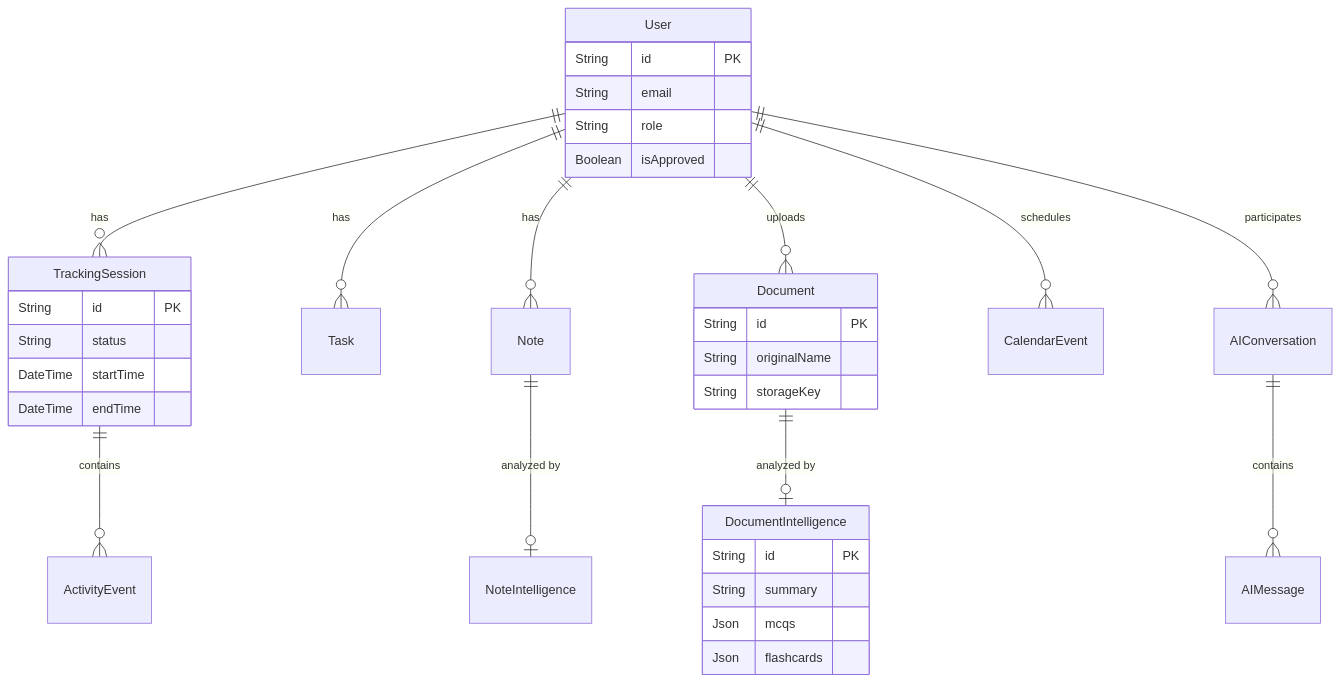
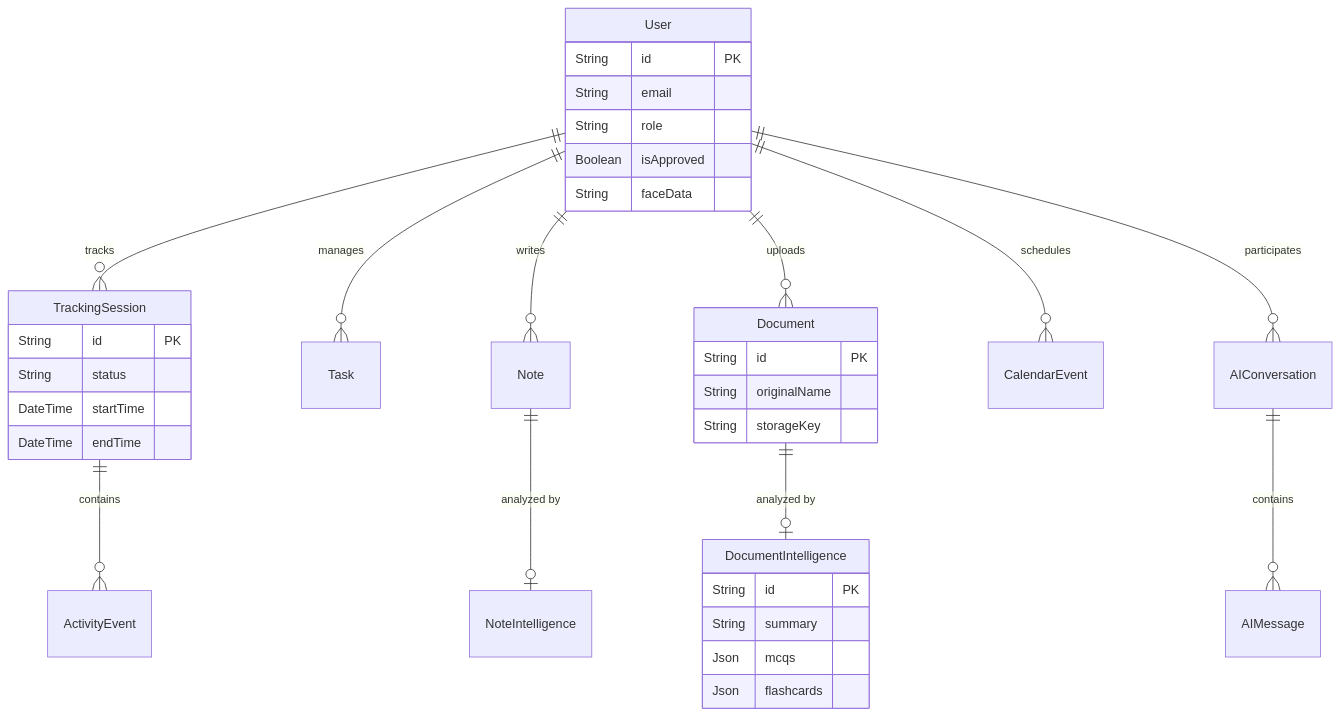
One commit to GaganCB2002/Cognarc_it changed the second of 2 diagrams in README.md. Above: the diagram before and after it, drawn with Mermaid. The commit also changed other lines of this file, not shown here.

````diff
--- a/README.md
+++ b/README.md
@@ -231,43 +132,44 @@
 ```mermaid
 erDiagram
-    User ||--o{ TrackingSession : "has"
-    User ||--o{ Task : "has"
-    User ||--o{ Note : "has"
+    User ||--o{ TrackingSession : "tracks"
+    User ||--o{ Task : "manages"
+    User ||--o{ Note : "writes"
     User ||--o{ Document : "uploads"
     User ||--o{ CalendarEvent : "schedules"
     User ||--o{ AIConversation : "participates"
     
     TrackingSession ||--o{ ActivityEvent : "contains"
     
     Document ||--o| DocumentIntelligence : "analyzed by"
     Note ||--o| NoteIntelligence : "analyzed by"
     
     AIConversation ||--o{ AIMessage : "contains"
     
     User {
         String id PK
         String email
         String role
         Boolean isApproved
+        String faceData
     }
     
     TrackingSession {
         String id PK
         String status
         DateTime startTime
         DateTime endTime
     }
     
     Document {
         String id PK
         String originalName
         String storageKey
     }
     
     DocumentIntelligence {
         String id PK
         String summary
         Json mcqs
         Json flashcards
     }
 ```
````
